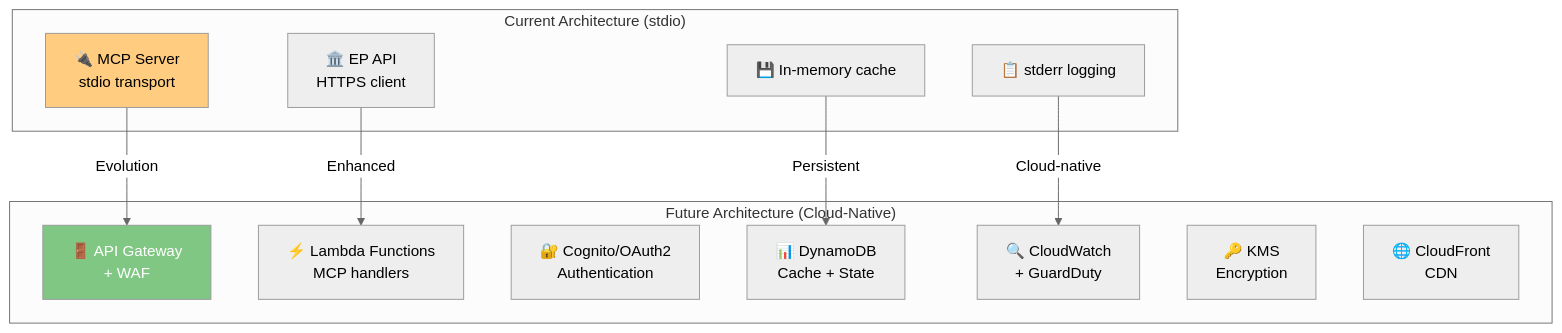
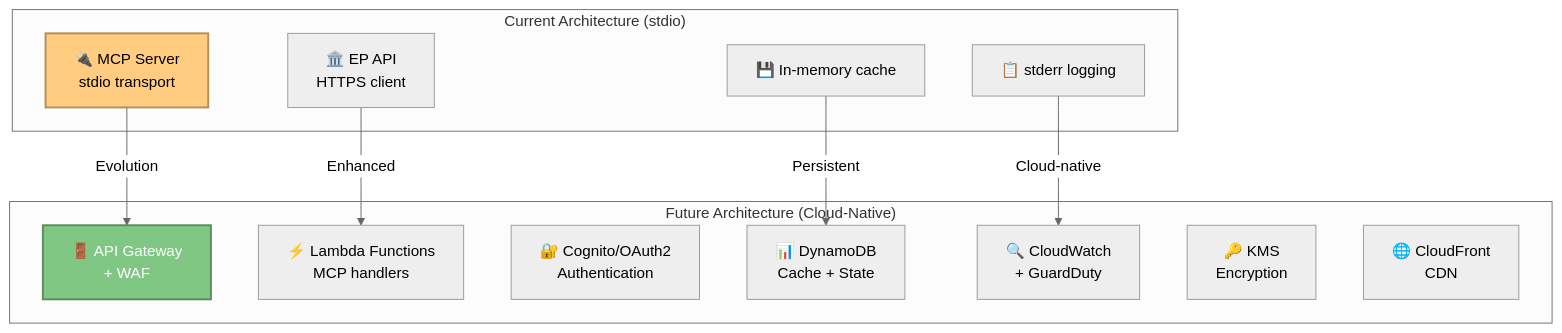
The first of 7 diagrams in docs/api-markdown/_media/FUTURE_THREAT_MODEL.md (Hack23/European-Parliament-MCP-Server), drawn with Mermaid (neutral theme) before and after one commit. The commit also changed other lines of this file and 17 other files, not shown here.

````diff
--- a/docs/api-markdown/_media/FUTURE_THREAT_MODEL.md
+++ b/docs/api-markdown/_media/FUTURE_THREAT_MODEL.md
@@ -90,29 +90,31 @@
 ```mermaid
 graph TB
     subgraph "Current Architecture (stdio)"
         CA[🔌 MCP Server<br/>stdio transport]
         CB[🏛️ EP API<br/>HTTPS client]
         CC[💾 In-memory cache]
         CD[📋 stderr logging]
     end
 
     subgraph "Future Architecture (Cloud-Native)"
         FA[🚪 API Gateway<br/>+ WAF]
         FB[⚡ Lambda Functions<br/>MCP handlers]
         FC[🔐 Cognito/OAuth2<br/>Authentication]
         FD[📊 DynamoDB<br/>Cache + State]
         FE[🔍 CloudWatch<br/>+ GuardDuty]
         FF[🔑 KMS<br/>Encryption]
         FG[🌐 CloudFront<br/>CDN]
     end
 
     CA -->|Evolution| FA
     CB -->|Enhanced| FB
     CC -->|Persistent| FD
     CD -->|Cloud-native| FE
 
-    style CA fill:#ffcc80,color:#000000
+    style CA fill:#ffcc80,stroke:#b28e59,stroke-width:2px,color:#000000
 
-    style FA fill:#81c784,color:#ffffff
+
+    style FA fill:#81c784,stroke:#5a8b5c,stroke-width:2px,color:#ffffff
+
 
 ```
````
